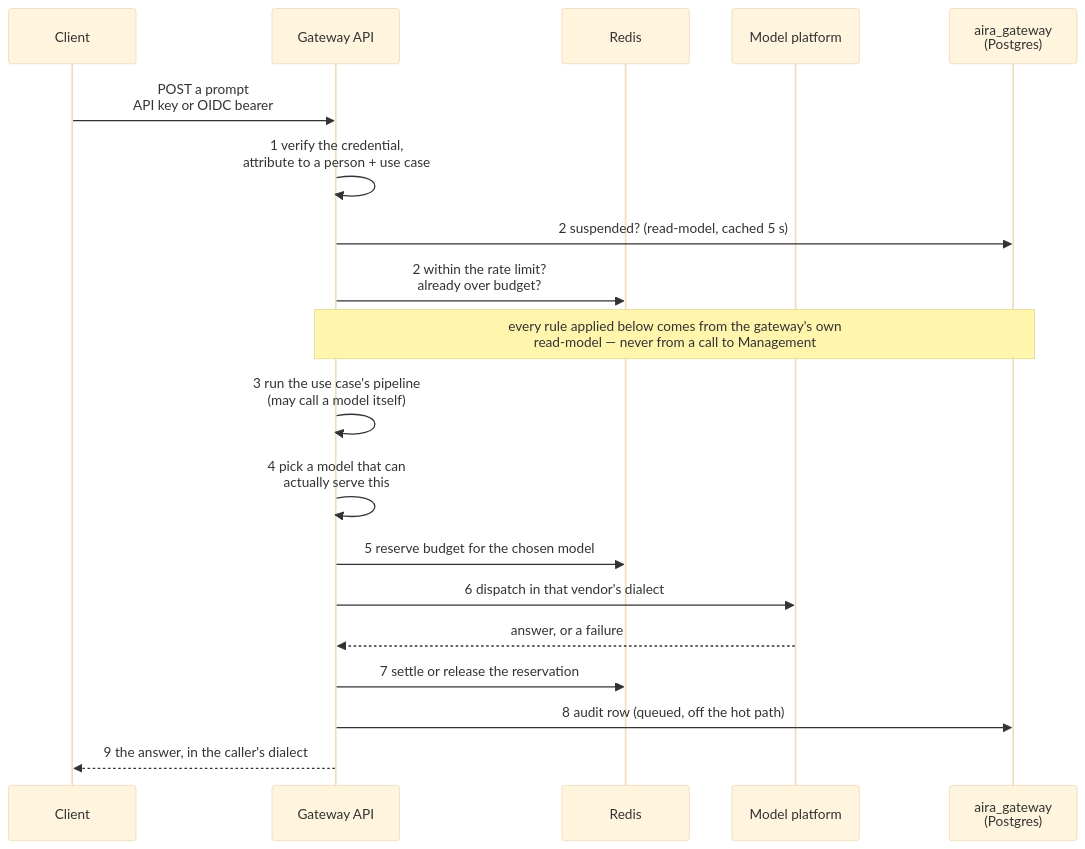
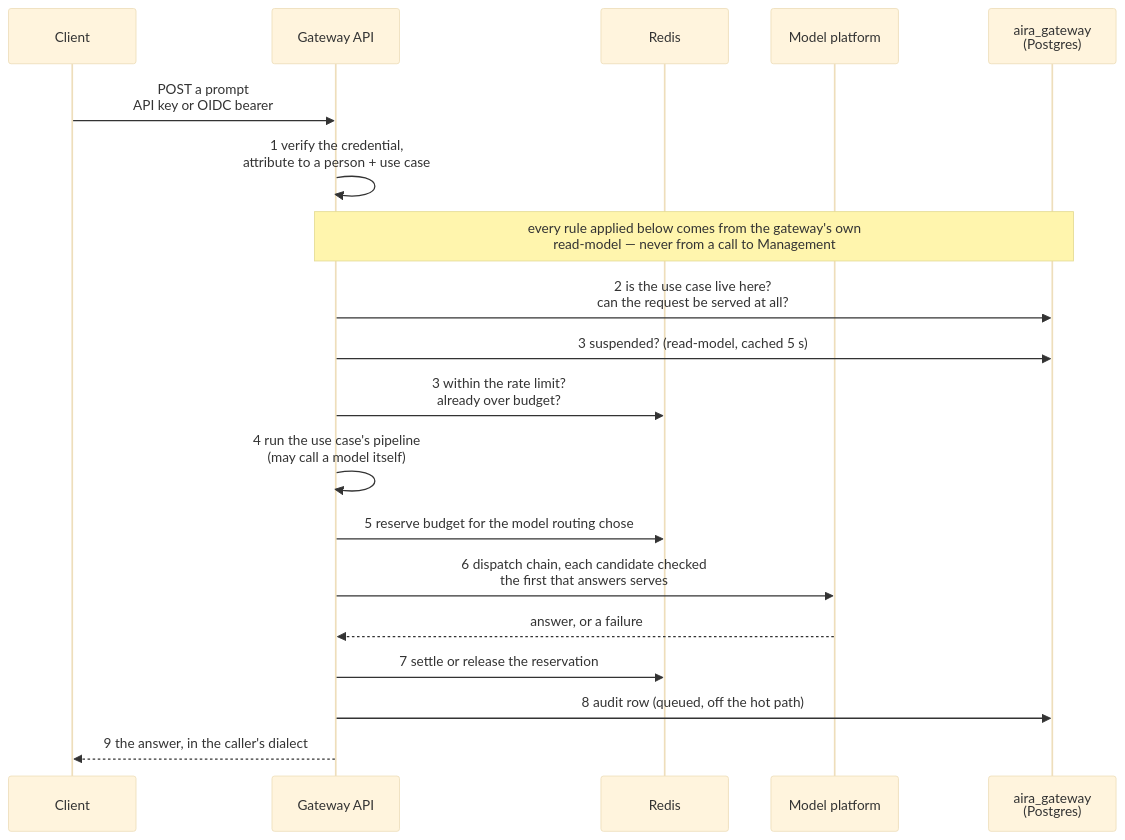
The second of 13 diagrams in docs/ARCHITECTURE.md (InigoImago/AIRA-Gateway), drawn with Mermaid (base theme) before and after one commit. The commit also changed other lines of this file and 179 other files, not shown here.

First line of the commit message:
merge: every document read against its code

````diff
--- a/docs/ARCHITECTURE.md
+++ b/docs/ARCHITECTURE.md
@@ -204,24 +236,24 @@
 ```mermaid
 %% No `autonumber` here on purpose: the step numbers below are the ones in the prose that
-%% follows, and autonumber counts every arrow — including the reply — and reaches eleven.
+%% follows, and autonumber counts every arrow — including the reply — and runs past nine.
 sequenceDiagram
     participant C as Client
     participant G as Gateway API
     participant R as Redis
     participant U as Model platform
     participant D as aira_gateway<br/>(Postgres)
 
     C->>G: POST a prompt<br/>API key or OIDC bearer
     G->>G: 1 verify the credential,<br/>attribute to a person + use case
-    G->>D: 2 suspended? (read-model, cached 5 s)
-    G->>R: 2 within the rate limit?<br/>already over budget?
     Note over G,D: every rule applied below comes from the gateway's own<br/>read-model — never from a call to Management
-    G->>G: 3 run the use case's pipeline<br/>(may call a model itself)
-    G->>G: 4 pick a model that can<br/>actually serve this
-    G->>R: 5 reserve budget for the chosen model
-    G->>U: 6 dispatch in that vendor's dialect
+    G->>D: 2 is the use case live here?<br/>can the request be served at all?
+    G->>D: 3 suspended? (read-model, cached 5 s)
+    G->>R: 3 within the rate limit?<br/>already over budget?
+    G->>G: 4 run the use case's pipeline<br/>(may call a model itself)
+    G->>R: 5 reserve budget for the model routing chose
+    G->>U: 6 dispatch chain, each candidate checked<br/>the first that answers serves
     U-->>G: answer, or a failure
     G->>R: 7 settle or release the reservation
     G->>D: 8 audit row (queued, off the hot path)
     G-->>C: 9 the answer, in the caller's dialect
 ```
````
